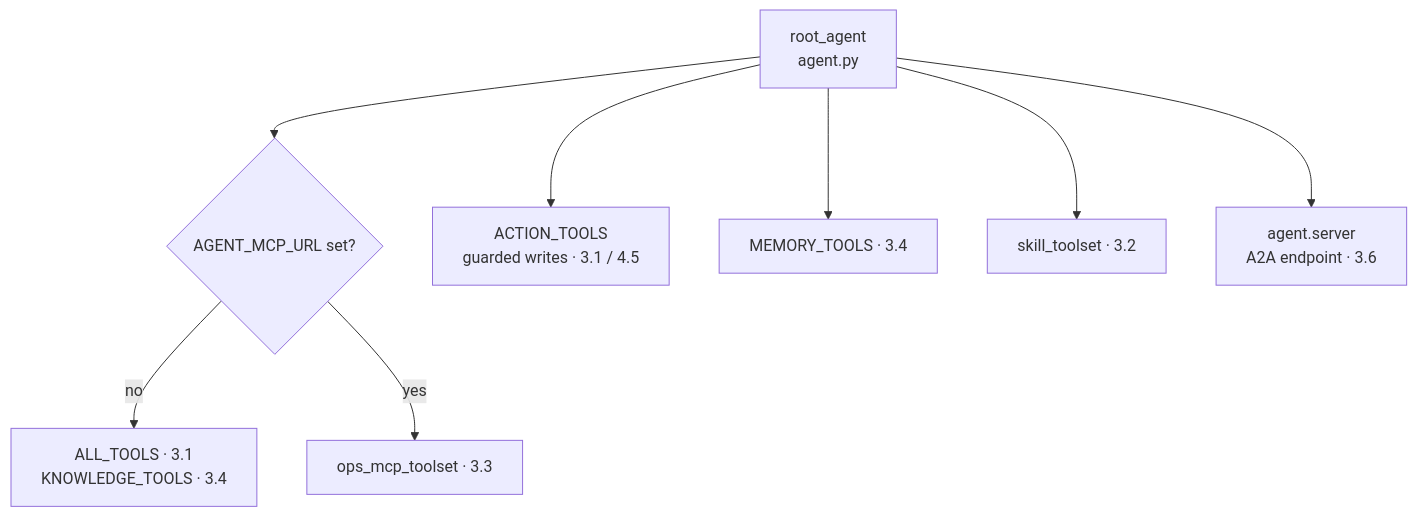
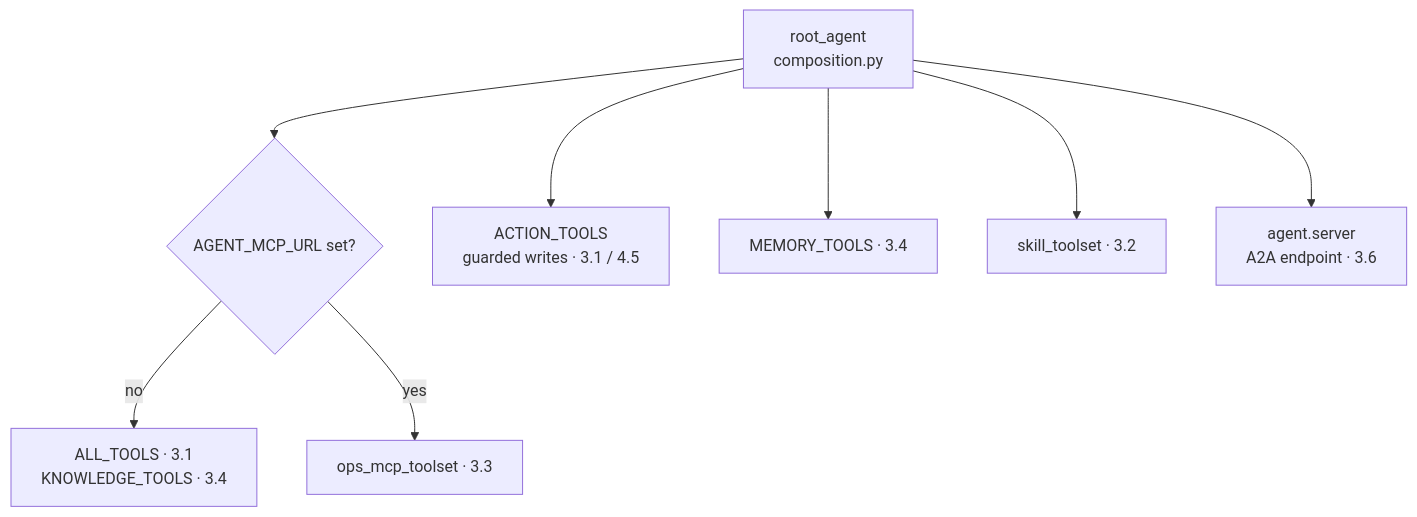
Before and after one commit to LuiGGi629/agentops-open-course: the first of 2 diagrams in docs/3. Capabilities/index.md, drawn with Mermaid. The commit also changed other lines of this file and 121 other files, not shown here.

````diff
--- a/docs/3. Capabilities/index.md
+++ b/docs/3. Capabilities/index.md
@@ -40,11 +40,11 @@
 ```mermaid
 flowchart TD
-    root["root_agent<br/>agent.py"]
+    root["root_agent<br/>composition.py"]
     root --> branch{"AGENT_MCP_URL set?"}
     branch -->|no| local["ALL_TOOLS · 3.1<br/>KNOWLEDGE_TOOLS · 3.4"]
     branch -->|yes| mcp["ops_mcp_toolset · 3.3"]
     root --> actions["ACTION_TOOLS<br/>guarded writes · 3.1 / 4.5"]
     root --> memory["MEMORY_TOOLS · 3.4"]
     root --> skills["skill_toolset · 3.2"]
     root --> server["agent.server<br/>A2A endpoint · 3.6"]
 ```
````
